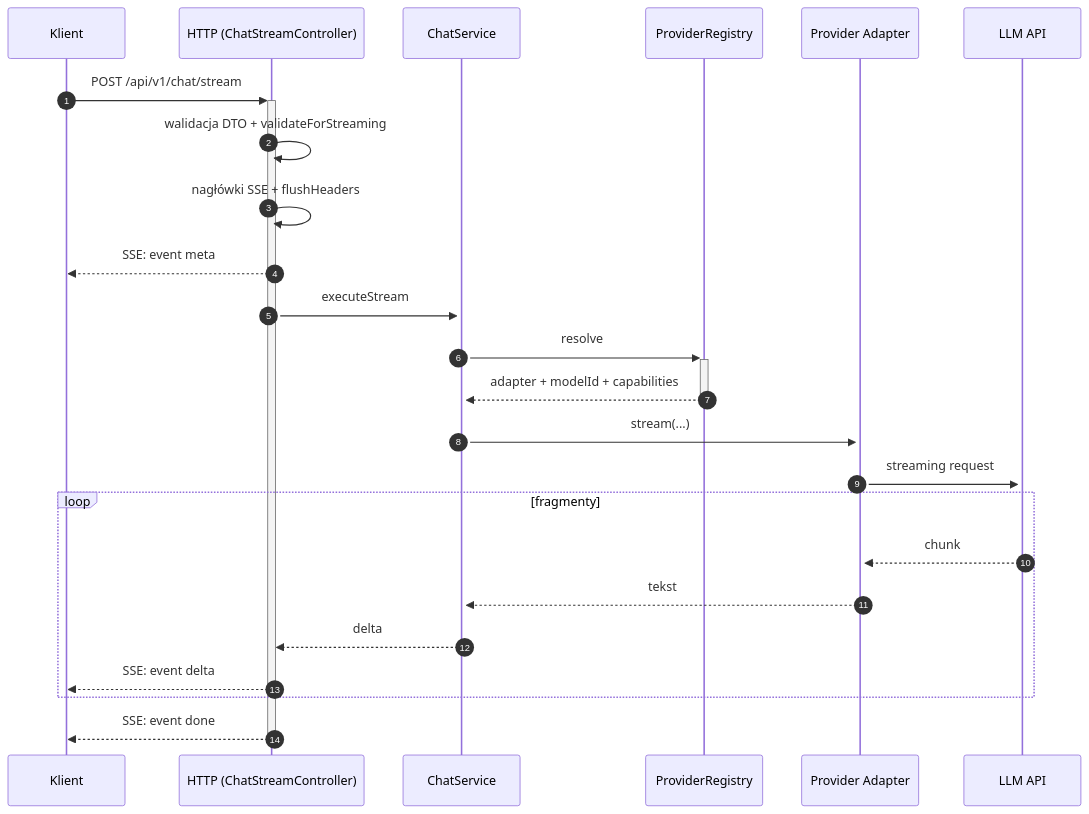
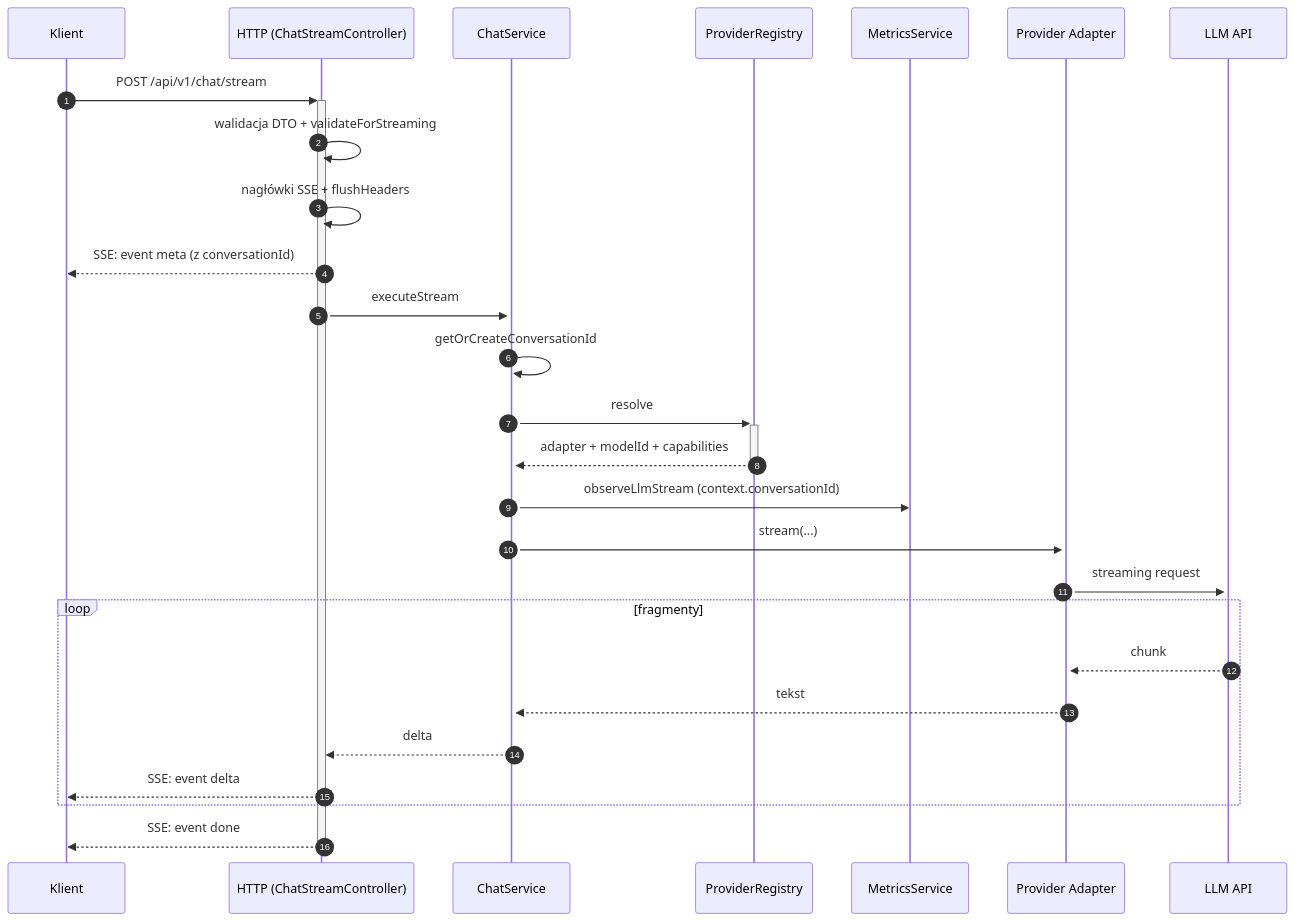
The fourth of 4 diagrams in docs/data_flow.md (matej2314/ai-provider-gateway), drawn with Mermaid before and after one commit. The commit also changed other lines of this file and 20 other files, not shown here.

Commit message:
Update project documentation. Implement conversationId mechanism in normal LLM chat and stream.

````diff
--- a/docs/data_flow.md
+++ b/docs/data_flow.md
@@ -114,27 +119,30 @@
 ```mermaid
 sequenceDiagram
   autonumber
   participant K as Klient
   participant H as HTTP (ChatStreamController)
   participant S as ChatService
   participant R as ProviderRegistry
+  participant M as MetricsService
   participant P as Provider Adapter
   participant A as LLM API
 
   K->>+H: POST /api/v1/chat/stream
   H->>H: walidacja DTO + validateForStreaming
   H->>H: nagłówki SSE + flushHeaders
-  H-->>K: SSE: event meta
+  H-->>K: SSE: event meta (z conversationId)
   H->>+S: executeStream
+  S->>S: getOrCreateConversationId
   S->>+R: resolve
   R-->>-S: adapter + modelId + capabilities
+  S->>M: observeLlmStream (context.conversationId)
   S->>+P: stream(...)
   P->>+A: streaming request
   loop fragmenty
     A-->>P: chunk
     P-->>S: tekst
     S-->>H: delta
     H-->>K: SSE: event delta
   end
   H-->>-K: SSE: event done
 ```
````
